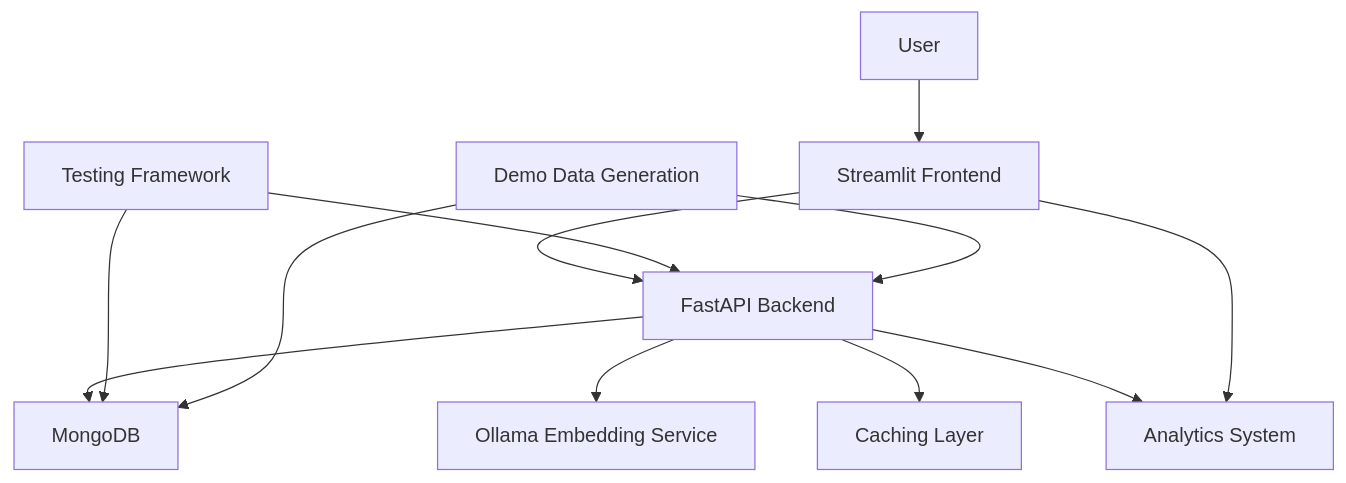
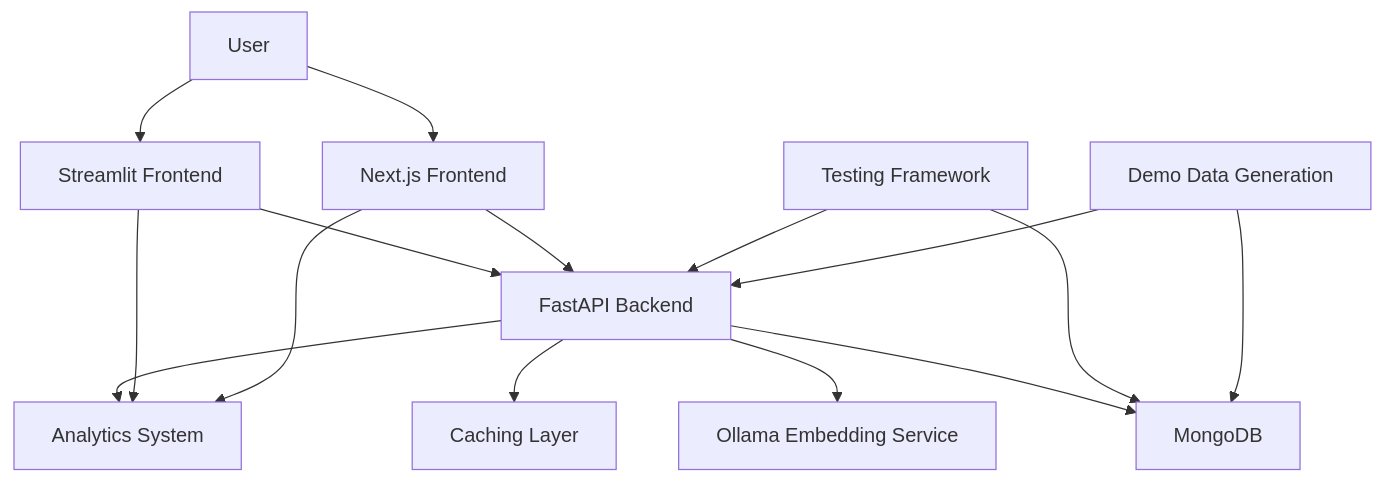
One commit to Tapas15/Lamma_recommender changed the first of 9 diagrams in memory-bank/systemPatterns.md. Above: the diagram before and after it, drawn with Mermaid. The commit also changed other lines of this file and 2 other files, not shown here.

````diff
--- a/memory-bank/systemPatterns.md
+++ b/memory-bank/systemPatterns.md
@@ -17,14 +19,17 @@
 ```mermaid
 graph TD
-    User[User] --> Frontend[Streamlit Frontend]
-    Frontend --> Backend[FastAPI Backend]
+    User[User] --> StreamlitFrontend[Streamlit Frontend]
+    User --> NextJSFrontend[Next.js Frontend]
+    StreamlitFrontend --> Backend[FastAPI Backend]
+    NextJSFrontend --> Backend
     Backend --> Database[MongoDB]
     Backend --> EmbeddingService[Ollama Embedding Service]
     Backend --> CachingLayer[Caching Layer]
     TestFramework[Testing Framework] --> Backend
     TestFramework --> Database
     DemoData[Demo Data Generation] --> Backend
     DemoData --> Database
     Backend --> AnalyticsSystem[Analytics System]
-    Frontend --> AnalyticsSystem
+    StreamlitFrontend --> AnalyticsSystem
+    NextJSFrontend --> AnalyticsSystem
 ```
````
